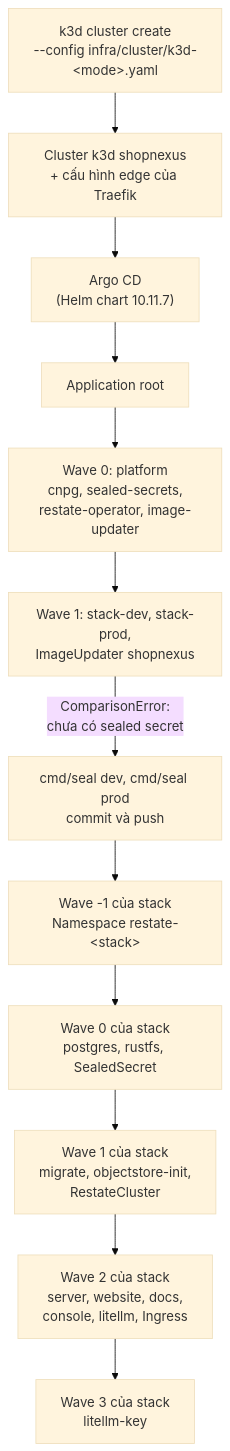
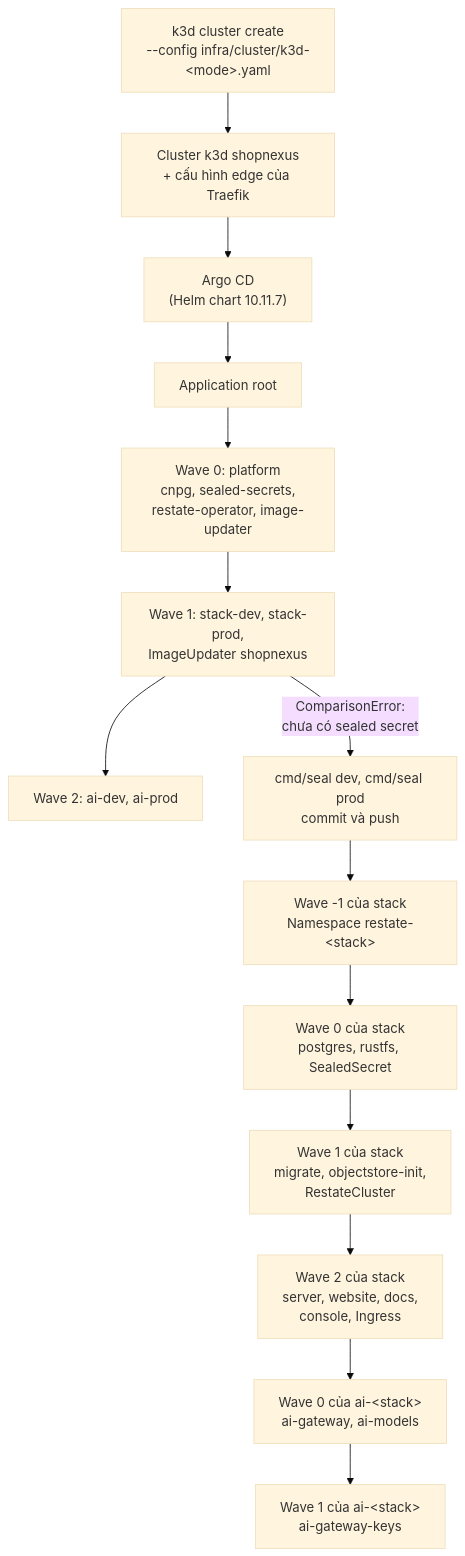
One commit to shopnexus/docs changed the diagram in web/src/content/docs/vi/operations/cluster/bootstrap.mdx. Above: the diagram before and after it, drawn with Mermaid (base theme). The commit also changed other lines of this file and 17 other files, not shown here.

````diff
--- a/web/src/content/docs/vi/operations/cluster/bootstrap.mdx
+++ b/web/src/content/docs/vi/operations/cluster/bootstrap.mdx
@@ -29,14 +29,16 @@
 ```mermaid title="Những gì chạy sau k3d cluster create"
 flowchart TD
   up["k3d cluster create<br/>--config infra/cluster/k3d-#lt;mode#gt;.yaml"] --> k3d["Cluster k3d shopnexus<br/>+ cấu hình edge của Traefik"]
   k3d --> argo["Argo CD<br/>(Helm chart 10.11.7)"]
   argo --> root["Application root"]
   root --> w0["Wave 0: platform<br/>cnpg, sealed-secrets,<br/>restate-operator, image-updater"]
   w0 --> w1["Wave 1: stack-dev, stack-prod,<br/>ImageUpdater shopnexus"]
+  w1 --> w2["Wave 2: ai-dev, ai-prod"]
   w1 -->|"ComparisonError:<br/>chưa có sealed secret"| seal["cmd/seal dev, cmd/seal prod<br/>commit và push"]
   seal --> sm1["Wave -1 của stack<br/>Namespace restate-#lt;stack#gt;"]
   sm1 --> s0["Wave 0 của stack<br/>postgres, rustfs, SealedSecret"]
   s0 --> s1["Wave 1 của stack<br/>migrate, objectstore-init,<br/>RestateCluster"]
-  s1 --> s2["Wave 2 của stack<br/>server, website, docs,<br/>console, litellm, Ingress"]
-  s2 --> s3["Wave 3 của stack<br/>litellm-key"]
+  s1 --> s2["Wave 2 của stack<br/>server, website, docs,<br/>console, Ingress"]
+  s2 --> a0["Wave 0 của ai-#lt;stack#gt;<br/>ai-gateway, ai-models"]
+  a0 --> a1["Wave 1 của ai-#lt;stack#gt;<br/>ai-gateway-keys"]
 ```
````
